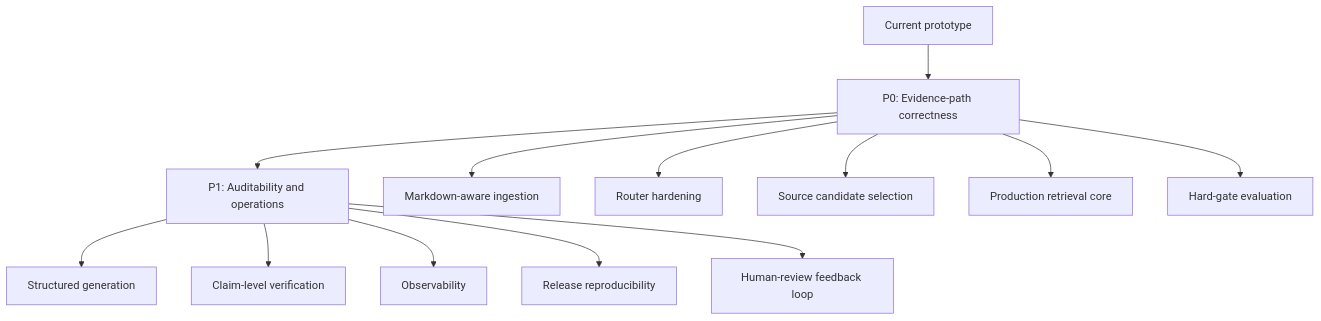
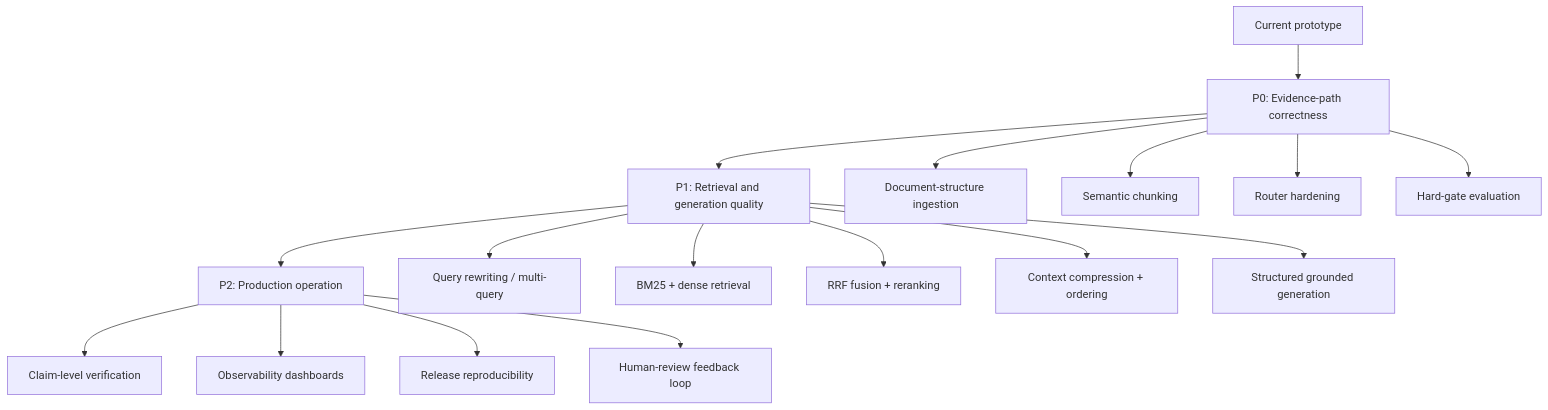
One commit to Tyler03118/ME_Agent changed the first of 2 diagrams in docs/scalability_plan_showcase.md. Above: the diagram before and after it, drawn with Mermaid. The commit also changed other lines of this file, not shown here.

````diff
--- a/docs/scalability_plan_showcase.md
+++ b/docs/scalability_plan_showcase.md
@@ -14,17 +18,22 @@
 ```mermaid
 flowchart TD
     A["Current prototype"] --> B["P0: Evidence-path correctness"]
-    B --> C["P1: Auditability and operations"]
+    B --> C["P1: Retrieval and generation quality"]
+    C --> D["P2: Production operation"]
 
-    B --> B1["Markdown-aware ingestion"]
-    B --> B2["Router hardening"]
-    B --> B3["Source candidate selection"]
-    B --> B4["Production retrieval core"]
-    B --> B5["Hard-gate evaluation"]
+    B --> B1["Document-structure ingestion"]
+    B --> B2["Semantic chunking"]
+    B --> B3["Router hardening"]
+    B --> B4["Hard-gate evaluation"]
 
-    C --> C1["Structured generation"]
-    C --> C2["Claim-level verification"]
-    C --> C3["Observability"]
-    C --> C4["Release reproducibility"]
-    C --> C5["Human-review feedback loop"]
+    C --> C1["Query rewriting / multi-query"]
+    C --> C2["BM25 + dense retrieval"]
+    C --> C3["RRF fusion + reranking"]
+    C --> C4["Context compression + ordering"]
+    C --> C5["Structured grounded generation"]
+
+    D --> D1["Claim-level verification"]
+    D --> D2["Observability dashboards"]
+    D --> D3["Release reproducibility"]
+    D --> D4["Human-review feedback loop"]
 ```
````
